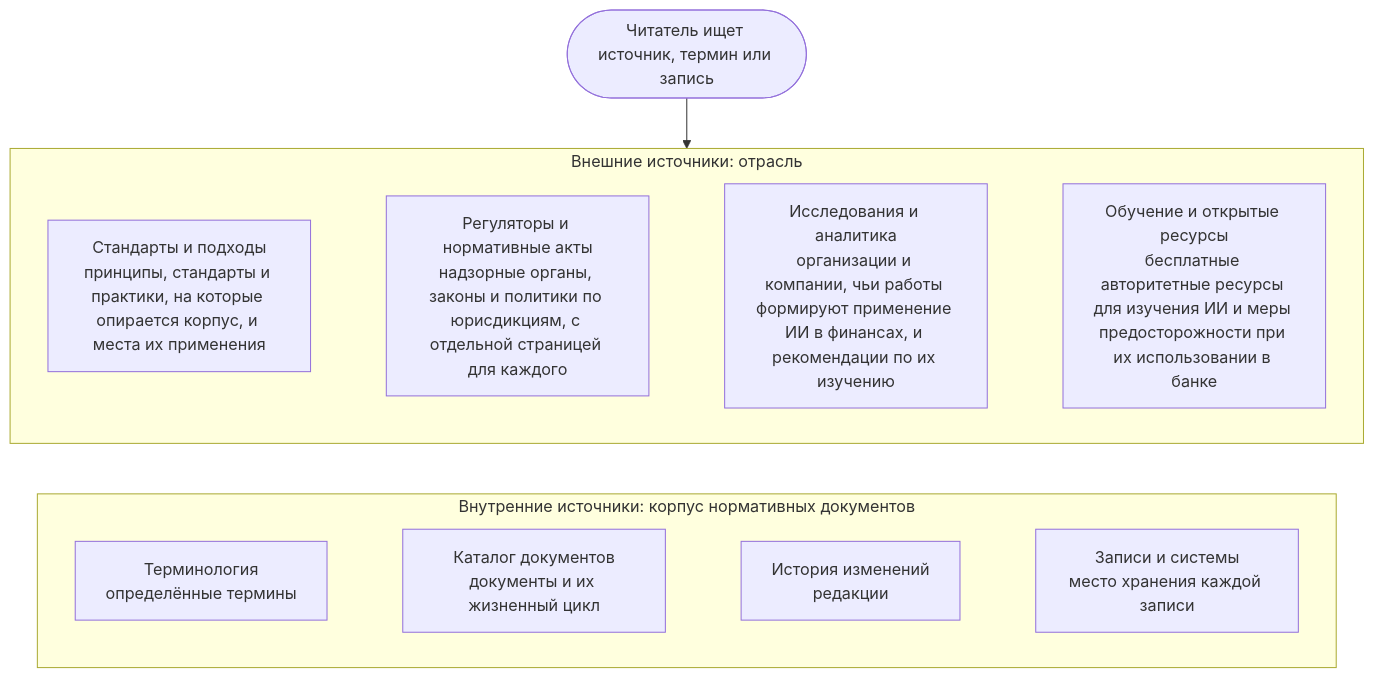
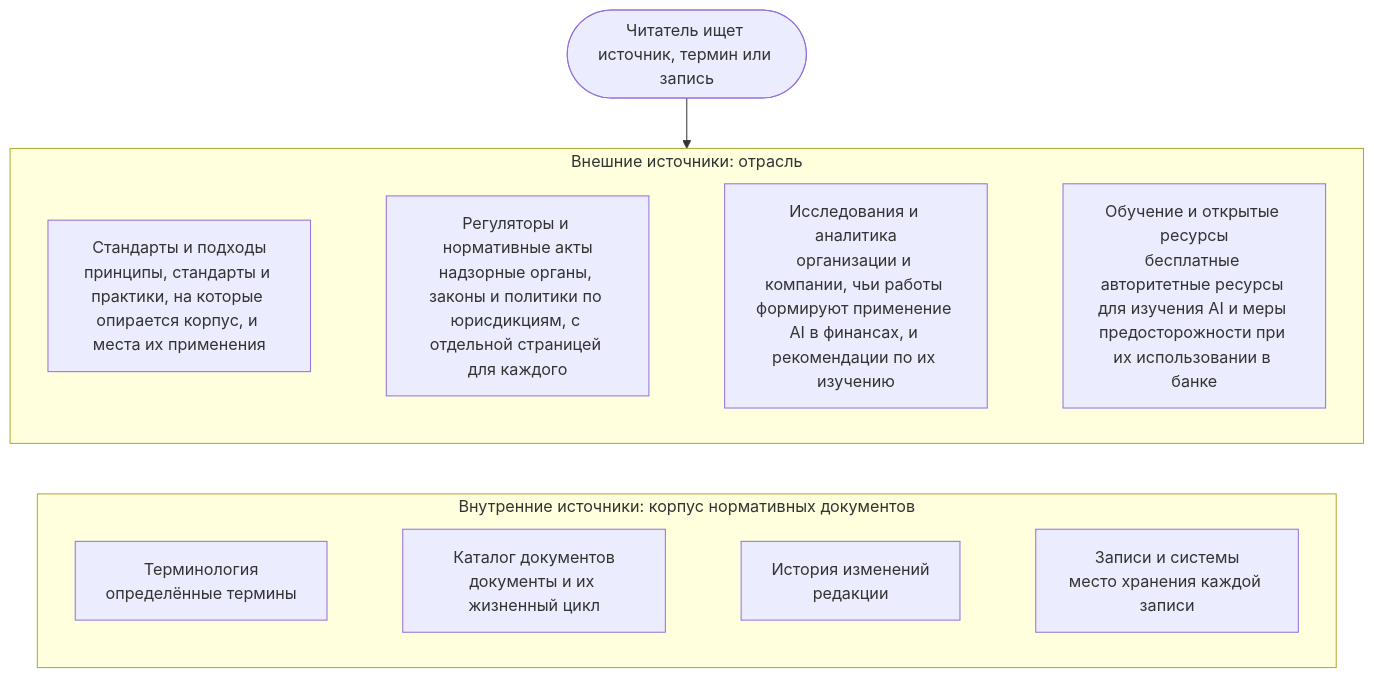
One commit to devhogu/ob-aicc changed the diagram in portal/content/ru/reference/overview.md. Above: the diagram before and after it, drawn with Mermaid. The commit also changed other lines of this file and 768 other files, not shown here.

````diff
--- a/portal/content/ru/reference/overview.md
+++ b/portal/content/ru/reference/overview.md
@@ -13,14 +13,14 @@
 ```mermaid
 flowchart TB
   Q(["Читатель ищет источник, термин или запись"])
   subgraph ROW1["Внешние источники: отрасль"]
     direction LR
-    S["Стандарты и подходы<br/>принципы, стандарты и практики, на которые опирается корпус, и места их применения"] ~~~ R["Регуляторы и нормативные акты<br/>надзорные органы, законы и политики по юрисдикциям, с отдельной страницей для каждого"] ~~~ I["Исследования и аналитика<br/>организации и компании, чьи работы формируют применение ИИ в финансах, и рекомендации по их изучению"] ~~~ L["Обучение и открытые ресурсы<br/>бесплатные авторитетные ресурсы для изучения ИИ и меры предосторожности при их использовании в банке"]
+    S["Стандарты и подходы<br/>принципы, стандарты и практики, на которые опирается корпус, и места их применения"] ~~~ R["Регуляторы и нормативные акты<br/>надзорные органы, законы и политики по юрисдикциям, с отдельной страницей для каждого"] ~~~ I["Исследования и аналитика<br/>организации и компании, чьи работы формируют применение AI в финансах, и рекомендации по их изучению"] ~~~ L["Обучение и открытые ресурсы<br/>бесплатные авторитетные ресурсы для изучения AI и меры предосторожности при их использовании в банке"]
   end
   subgraph ROW2["Внутренние источники: корпус нормативных документов"]
     direction LR
     V["Терминология<br/>определённые термины"] ~~~ C["Каталог документов<br/>документы и их жизненный цикл"] ~~~ H["История изменений<br/>редакции"] ~~~ K["Записи и системы<br/>место хранения каждой записи"]
   end
   Q --> ROW1
   ROW1 ~~~ ROW2
 ```
````
